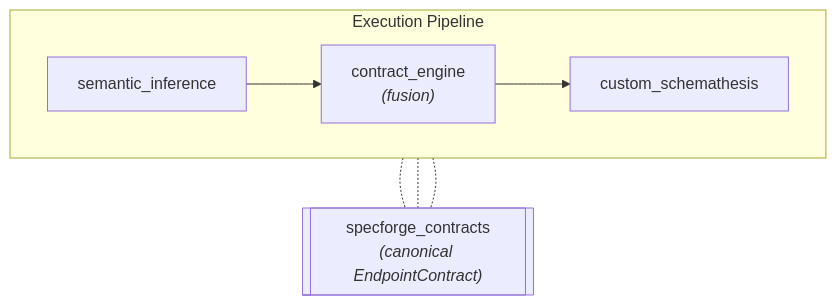
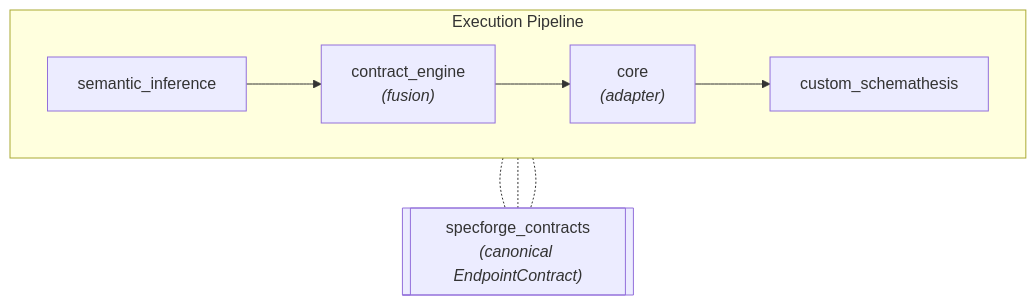
One commit to Spec-Forge-Testing/specforge-docs changed the diagram in docs/modules/contracts/index.md. Above: the diagram before and after it, drawn with Mermaid. The commit also changed other lines of this file, not shown here.

````diff
--- a/docs/modules/contracts/index.md
+++ b/docs/modules/contracts/index.md
@@ -6,14 +6,15 @@
 ```mermaid
 flowchart TD
     subgraph Flow ["Execution Pipeline"]
         direction LR
         SI["semantic_inference"] --> CE["contract_engine<br/><i>(fusion)</i>"]
-        CE --> CS["custom_schemathesis"]
+        CE --> CO["core<br/><i>(adapter)</i>"]
+        CO --> CS["custom_schemathesis"]
     end
 
     SC[["specforge_contracts<br/><i>(canonical EndpointContract)</i>"]]
 
     SI -.- SC
     CE -.- SC
-    CS -.- SC
+    CO -.- SC
 ```
````
